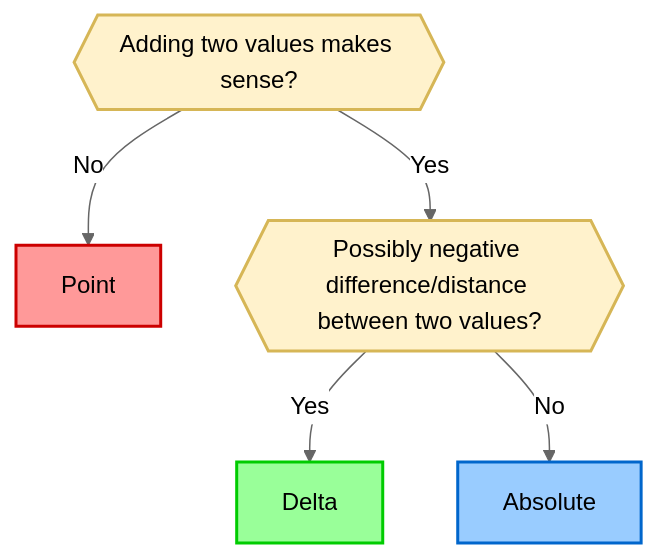
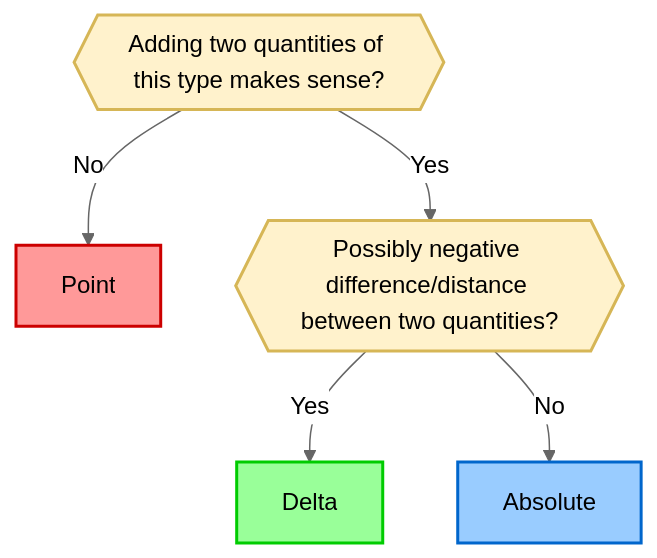
One commit to mpusz/mp-units changed the diagram in docs/blog/posts/introducing-absolute-quantities.md. Above: the diagram before and after it, drawn with Mermaid (neutral theme).

Commit message:
docs: clarify flowchart labels for quantity addition and differences

````diff
--- a/docs/blog/posts/introducing-absolute-quantities.md
+++ b/docs/blog/posts/introducing-absolute-quantities.md
@@ -523,19 +523,19 @@
 ```mermaid
 flowchart TD
-    ask_point{{Adding two values makes sense?}}
+    ask_point{{Adding two quantities of this type makes sense?}}
     ask_point -- No --> Point[Point]
-    ask_point -- Yes --> ask_delta{{Possibly negative difference/distance between two values?}}
+    ask_point -- Yes --> ask_delta{{Possibly negative difference/distance between two quantities?}}
     ask_delta -- Yes --> Delta[Delta]
     ask_delta -- No --> Absolute[Absolute]
 
     %% Styling
     classDef pointStyle fill:#ff9999,stroke:#cc0000,stroke-width:2px,color:#000
     classDef deltaStyle fill:#99ff99,stroke:#00cc00,stroke-width:2px,color:#000
     classDef absoluteStyle fill:#99ccff,stroke:#0066cc,stroke-width:2px,color:#000
     classDef questionStyle fill:#fff2cc,stroke:#d6b656,stroke-width:2px,color:#000
 
     class Point pointStyle
     class Delta deltaStyle
     class Absolute absoluteStyle
     class ask_point,ask_delta questionStyle
 ```
````
